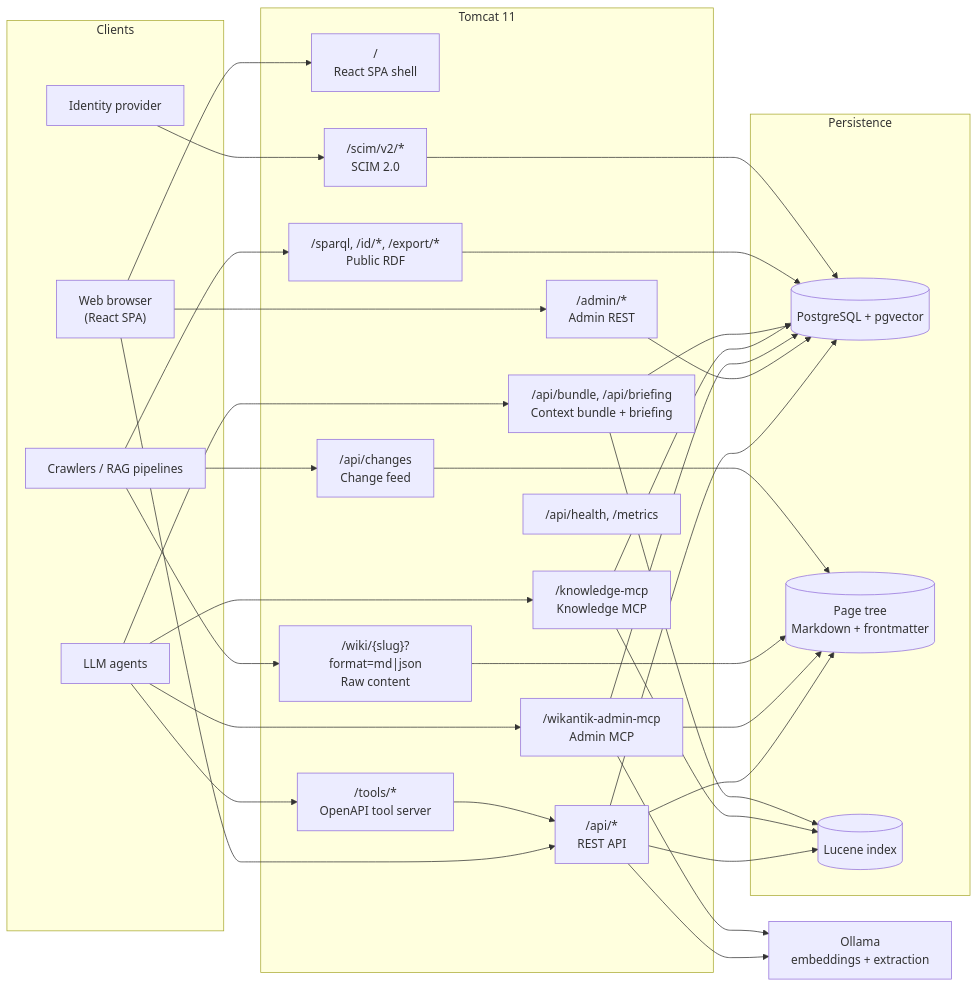
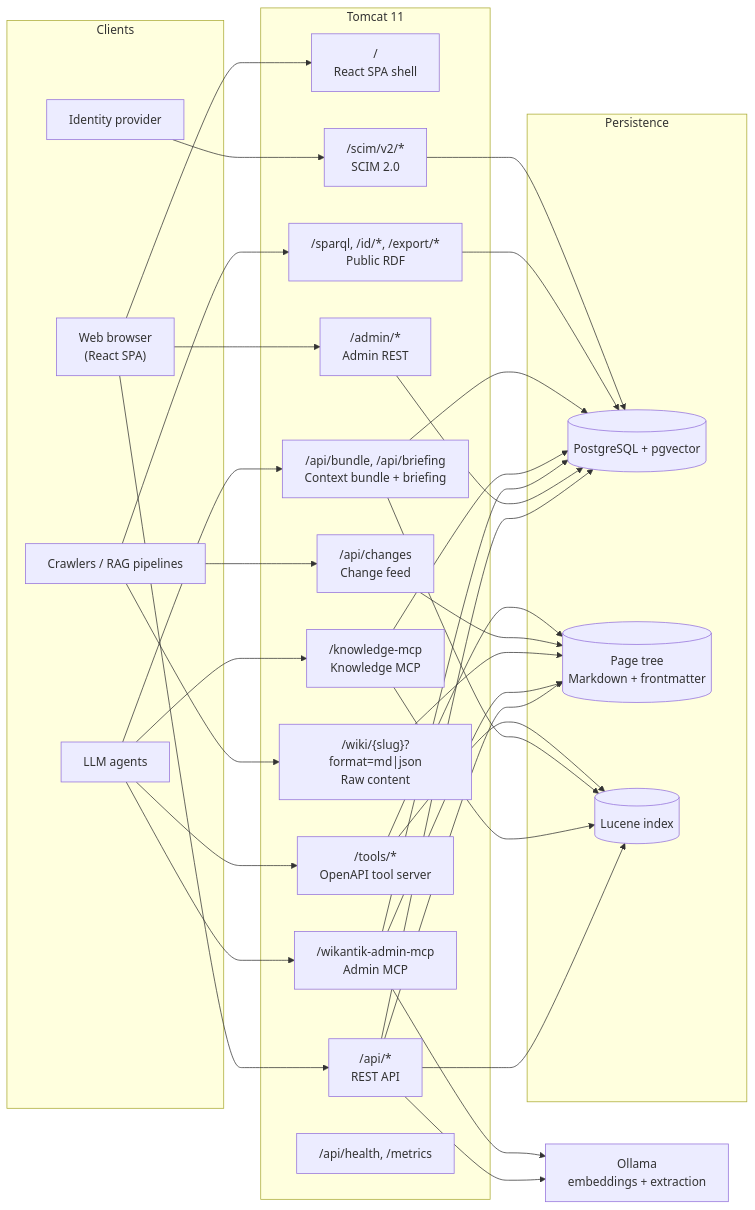
The diagram in README.md (jakefearsd/wikantik), drawn with Mermaid before and after one commit. The commit also changed other lines of this file, not shown here.

````diff
--- a/README.md
+++ b/README.md
@@ -56,63 +60,64 @@
 ```mermaid
 flowchart LR
     subgraph clients [Clients]
         Browser["Web browser<br/>(React SPA)"]
         Agent["LLM agents"]
         Crawler["Crawlers / RAG pipelines"]
         IdP["Identity provider"]
     end
 
     subgraph tomcat [Tomcat 11]
         SPA["/<br/>React SPA shell"]
         REST["/api/*<br/>REST API"]
         Admin["/admin/*<br/>Admin REST"]
         Raw["/wiki/{slug}?format=md|json<br/>Raw content"]
         Changes["/api/changes<br/>Change feed"]
         Bundle["/api/bundle, /api/briefing<br/>Context bundle + briefing"]
         AdminMCP["/wikantik-admin-mcp<br/>Admin MCP"]
         KnowMCP["/knowledge-mcp<br/>Knowledge MCP"]
         Tools["/tools/*<br/>OpenAPI tool server"]
         RDF["/sparql, /id/*, /export/*<br/>Public RDF"]
         Scim["/scim/v2/*<br/>SCIM 2.0"]
         Health["/api/health, /metrics"]
     end
 
     subgraph data [Persistence]
         PG[("PostgreSQL + pgvector")]
         Pages[("Page tree<br/>Markdown + frontmatter")]
         Lucene[("Lucene index")]
     end
 
     Ollama["Ollama<br/>embeddings + extraction"]
 
     Browser --> SPA
     Browser --> REST
     Browser --> Admin
     Crawler --> Raw
     Crawler --> Changes
     Crawler --> RDF
     Agent --> AdminMCP
     Agent --> KnowMCP
     Agent --> Tools
     Agent --> Bundle
     IdP --> Scim
 
     REST --> PG
     REST --> Pages
     REST --> Lucene
     Admin --> PG
     AdminMCP --> PG
     AdminMCP --> Pages
     KnowMCP --> PG
     KnowMCP --> Lucene
     Bundle --> PG
     Bundle --> Lucene
     RDF --> PG
     Raw --> Pages
     Changes --> Pages
-    Tools --> REST
+    Tools --> Pages
+    Tools --> Lucene
     Scim --> PG
 
     REST --> Ollama
     AdminMCP --> Ollama
 ```
````
